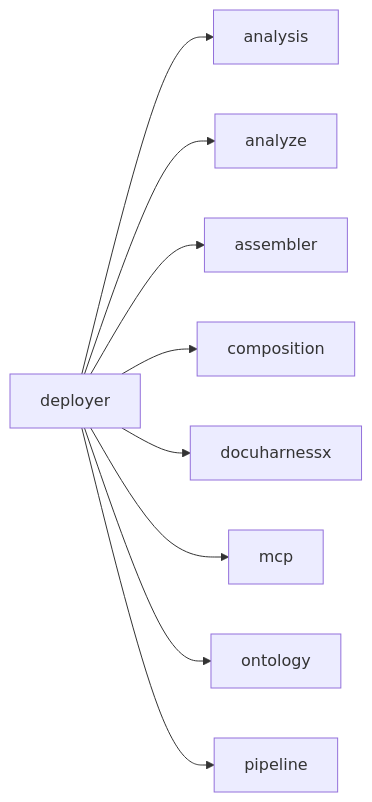
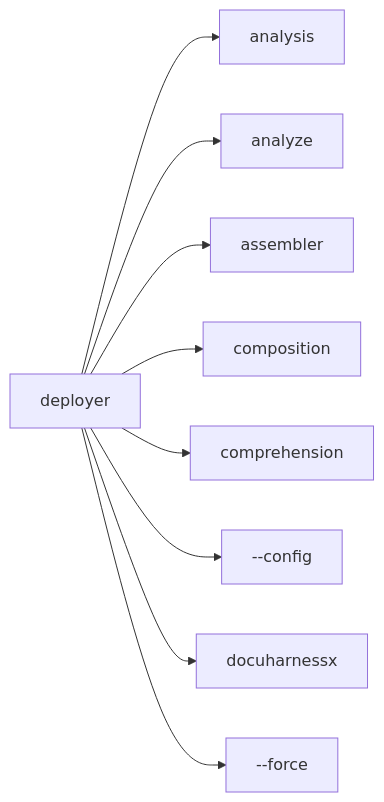
The ninth of 30 diagrams in docs/glossary.md (norandom/DocuHarnessX), drawn with Mermaid before and after one commit. The commit also changed other lines of this file and 18 other files, not shown here.

First line of the commit message:
feat(architect-narrative): conceptual Hypertree via InfoVis Toolkit

````diff
--- a/docs/glossary.md
+++ b/docs/glossary.md
@@ -316,20 +320,20 @@
 ```mermaid
 flowchart LR
  here["deployer"]
  r0["analysis"]
  here --> r0
  r1["analyze"]
  here --> r1
  r2["assembler"]
  here --> r2
  r3["composition"]
  here --> r3
- r4["docuharnessx"]
+ r4["comprehension"]
  here --> r4
- r5["mcp"]
+ r5["--config"]
  here --> r5
- r6["ontology"]
+ r6["docuharnessx"]
  here --> r6
- r7["pipeline"]
+ r7["--force"]
  here --> r7
 ```
````
